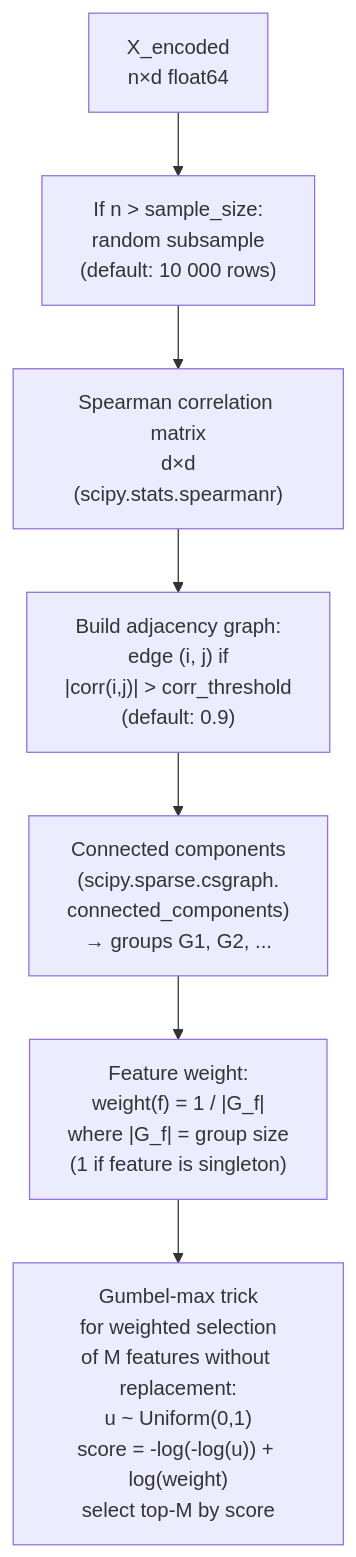
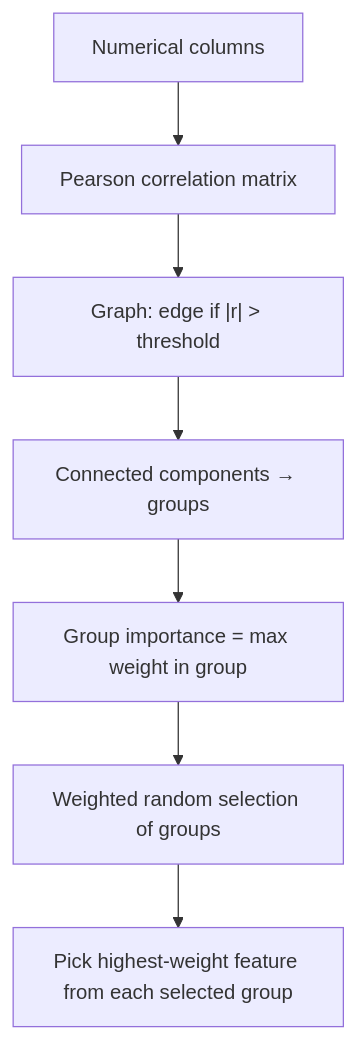
The sixth of 8 diagrams in ALGORITHM.md (4eshireCat/forest_clustering), drawn with Mermaid before and after one commit. The commit also changed other lines of this file and 17 other files, not shown here.

````diff
--- a/ALGORITHM.md
+++ b/ALGORITHM.md
@@ -271,16 +283,9 @@
 ```mermaid
 flowchart TD
-    A["X_encoded\nn×d float64"] --> B
-
-    B["If n > sample_size:\nrandom subsample\n(default: 10 000 rows)"] --> C
-
-    C["Spearman correlation matrix\nd×d\n(scipy.stats.spearmanr)"] --> D
-
-    D["Build adjacency graph:\nedge (i, j) if\n|corr(i,j)| > corr_threshold\n(default: 0.9)"] --> E
-
-    E["Connected components\n(scipy.sparse.csgraph.\nconnected_components)\n→ groups G1, G2, ..."] --> F
-
-    F["Feature weight:\nweight(f) = 1 / |G_f|\nwhere |G_f| = group size\n(1 if feature is singleton)"] --> G
-
-    G["Gumbel-max trick\nfor weighted selection\nof M features without replacement:\nu ~ Uniform(0,1)\nscore = -log(-log(u)) + log(weight)\nselect top-M by score"]
+    A["Numerical columns"] --> B["Pearson correlation matrix"]
+    B --> C["Graph: edge if |r| > threshold"]
+    C --> D["Connected components → groups"]
+    D --> E["Group importance = max weight in group"]
+    E --> F["Weighted random selection of groups"]
+    F --> G["Pick highest-weight feature from each selected group"]
 ```
````
